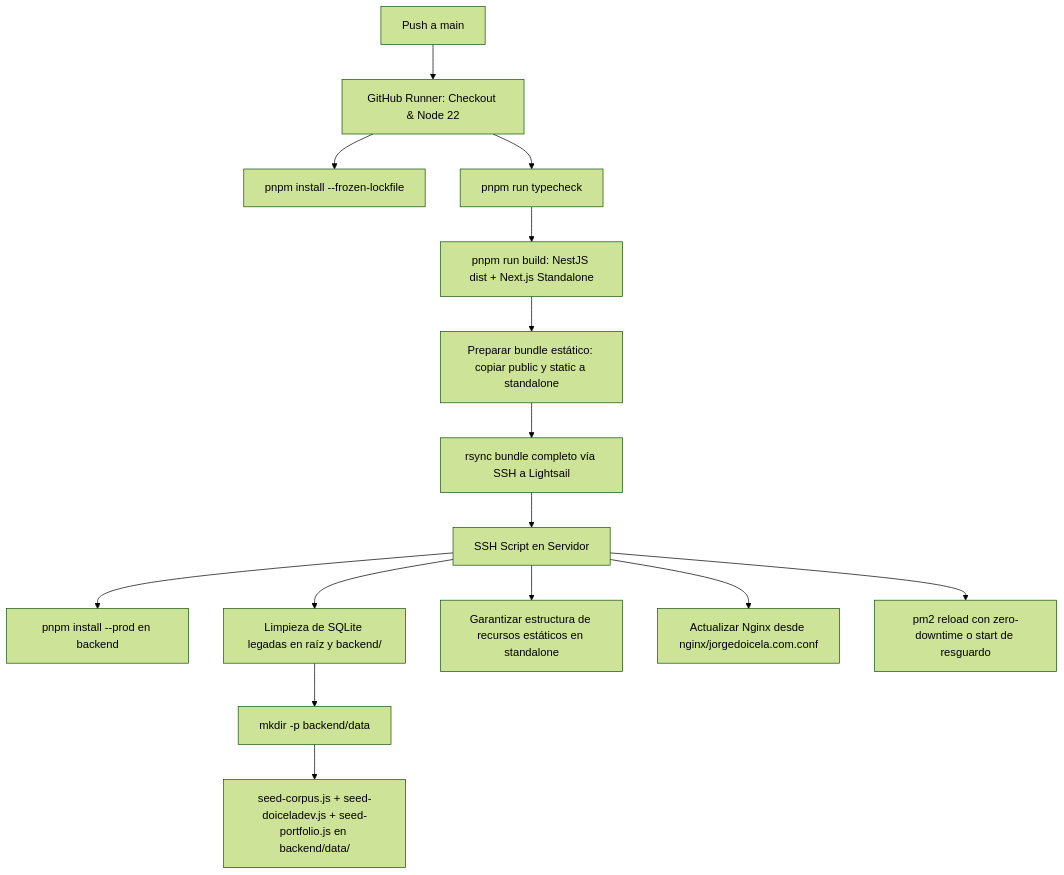
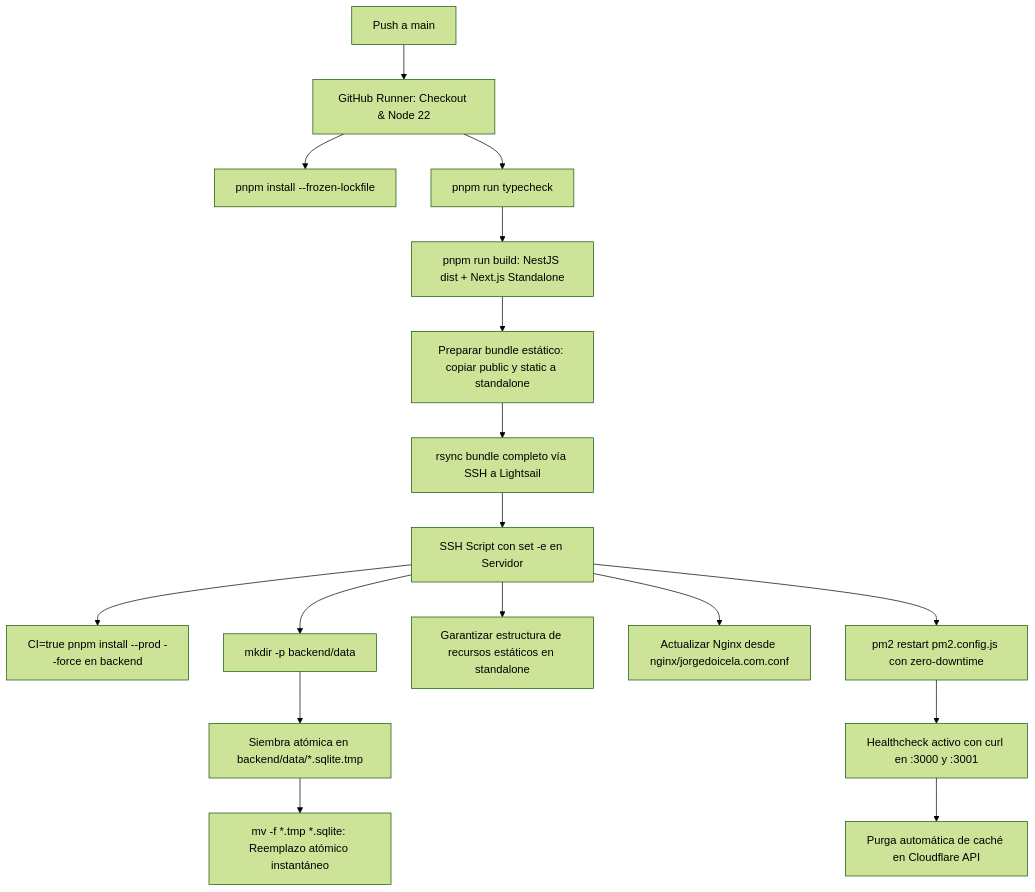
Before and after one commit to JorgeDoicela/jorge_doicela: the diagram in docs/01-infraestructura-global/02-despliegue-y-servidor/01_despliegue_pm2_y_cicd.md, drawn with Mermaid (forest theme). The commit also changed other lines of this file and 2 other files, not shown here.

Commit message:
docs(infra): actualizar ciclo de persistencia y registrar post-mortem del incidente de dependencias

````diff
--- a/docs/01-infraestructura-global/02-despliegue-y-servidor/01_despliegue_pm2_y_cicd.md
+++ b/docs/01-infraestructura-global/02-despliegue-y-servidor/01_despliegue_pm2_y_cicd.md
@@ -425,17 +425,19 @@
 ```mermaid
 graph TD
     A[Push a main] --> B[GitHub Runner: Checkout & Node 22]
     B --> C[pnpm install --frozen-lockfile]
     B --> D[pnpm run typecheck]
     D --> E[pnpm run build: NestJS dist + Next.js Standalone]
     E --> F[Preparar bundle estático: copiar public y static a standalone]
     F --> G[rsync bundle completo vía SSH a Lightsail]
-    G --> H[SSH Script en Servidor]
-    H --> I[pnpm install --prod en backend]
-    H --> I2[Limpieza de SQLite legadas en raíz y backend/]
-    I2 --> I3[mkdir -p backend/data]
-    I3 --> J[seed-corpus.js + seed-doiceladev.js + seed-portfolio.js en backend/data/]
+    G --> H[SSH Script con set -e en Servidor]
+    H --> I[CI=true pnpm install --prod --force en backend]
+    H --> I3[mkdir -p backend/data]
+    I3 --> J[Siembra atómica en backend/data/*.sqlite.tmp]
+    J --> J2[mv -f *.tmp *.sqlite: Reemplazo atómico instantáneo]
     H --> K[Garantizar estructura de recursos estáticos en standalone]
     H --> L[Actualizar Nginx desde nginx/jorgedoicela.com.conf]
-    H --> M[pm2 reload con zero-downtime o start de resguardo]
+    H --> M[pm2 restart pm2.config.js con zero-downtime]
+    M --> N[Healthcheck activo con curl en :3000 y :3001]
+    N --> O[Purga automática de caché en Cloudflare API]
 ```
````
